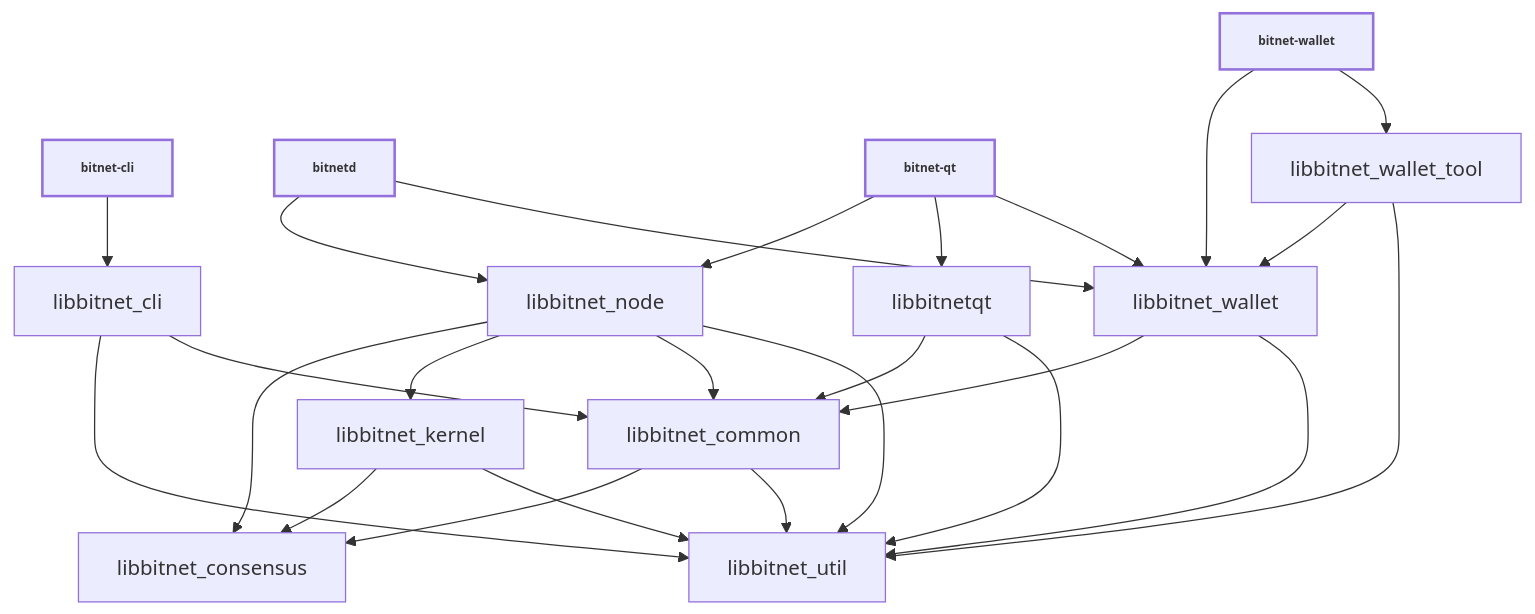
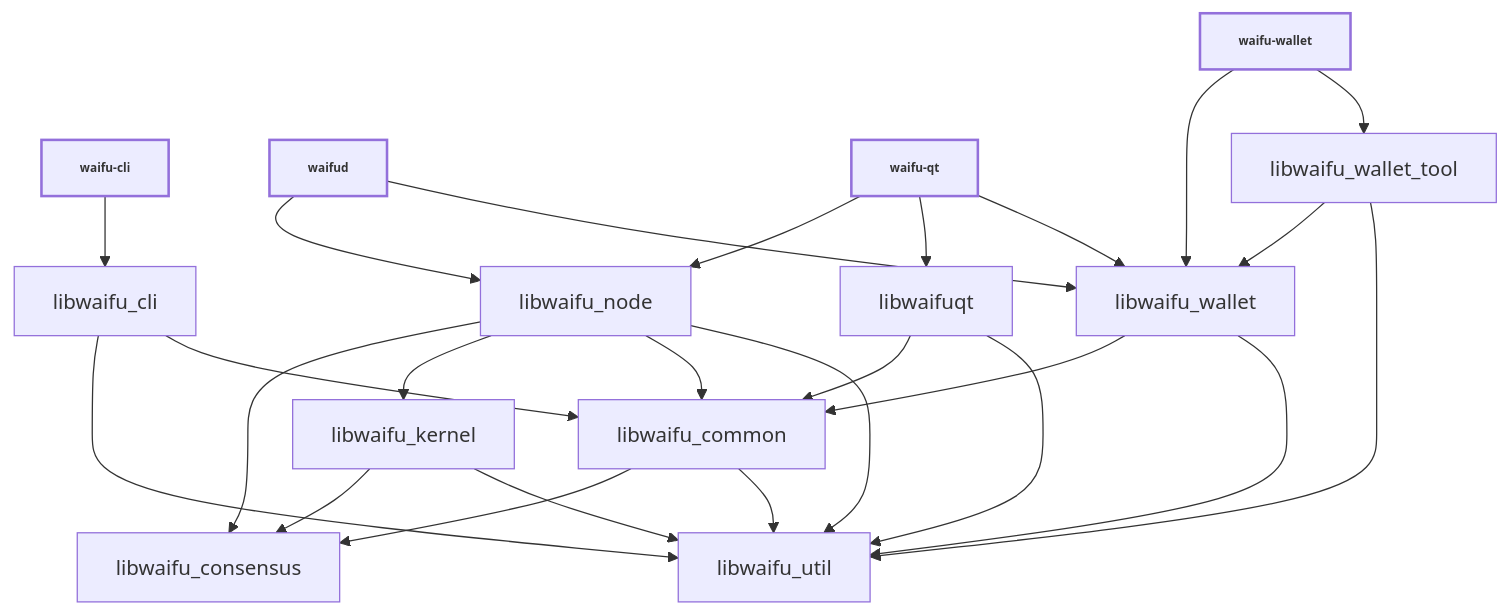
The diagram in doc/design/libraries.md (waifu-core/waifu-core), drawn with Mermaid before and after one commit. The commit also changed other lines of this file and 772 other files, not shown here.

Commit message:
rename binaries to waifud and waifu-qt

````diff
--- a/doc/design/libraries.md
+++ b/doc/design/libraries.md
@@ -36,44 +36,44 @@
 ```mermaid
 
 %%{ init : { "flowchart" : { "curve" : "basis" }}}%%
 
 graph TD;
 
-bitnet-cli[bitnet-cli]-->libbitnet_cli;
+waifu-cli[waifu-cli]-->libwaifu_cli;
 
-bitnetd[bitnetd]-->libbitnet_node;
-bitnetd[bitnetd]-->libbitnet_wallet;
+waifud[waifud]-->libwaifu_node;
+waifud[waifud]-->libwaifu_wallet;
 
-bitnet-qt[bitnet-qt]-->libbitnet_node;
-bitnet-qt[bitnet-qt]-->libbitnetqt;
-bitnet-qt[bitnet-qt]-->libbitnet_wallet;
+waifu-qt[waifu-qt]-->libwaifu_node;
+waifu-qt[waifu-qt]-->libwaifuqt;
+waifu-qt[waifu-qt]-->libwaifu_wallet;
 
-bitnet-wallet[bitnet-wallet]-->libbitnet_wallet;
-bitnet-wallet[bitnet-wallet]-->libbitnet_wallet_tool;
+waifu-wallet[waifu-wallet]-->libwaifu_wallet;
+waifu-wallet[waifu-wallet]-->libwaifu_wallet_tool;
 
-libbitnet_cli-->libbitnet_util;
-libbitnet_cli-->libbitnet_common;
+libwaifu_cli-->libwaifu_util;
+libwaifu_cli-->libwaifu_common;
 
-libbitnet_common-->libbitnet_consensus;
-libbitnet_common-->libbitnet_util;
+libwaifu_common-->libwaifu_consensus;
+libwaifu_common-->libwaifu_util;
 
-libbitnet_kernel-->libbitnet_consensus;
-libbitnet_kernel-->libbitnet_util;
+libwaifu_kernel-->libwaifu_consensus;
+libwaifu_kernel-->libwaifu_util;
 
-libbitnet_node-->libbitnet_consensus;
-libbitnet_node-->libbitnet_kernel;
-libbitnet_node-->libbitnet_common;
-libbitnet_node-->libbitnet_util;
+libwaifu_node-->libwaifu_consensus;
+libwaifu_node-->libwaifu_kernel;
+libwaifu_node-->libwaifu_common;
+libwaifu_node-->libwaifu_util;
 
-libbitnetqt-->libbitnet_common;
-libbitnetqt-->libbitnet_util;
+libwaifuqt-->libwaifu_common;
+libwaifuqt-->libwaifu_util;
 
-libbitnet_wallet-->libbitnet_common;
-libbitnet_wallet-->libbitnet_util;
+libwaifu_wallet-->libwaifu_common;
+libwaifu_wallet-->libwaifu_util;
 
-libbitnet_wallet_tool-->libbitnet_wallet;
-libbitnet_wallet_tool-->libbitnet_util;
+libwaifu_wallet_tool-->libwaifu_wallet;
+libwaifu_wallet_tool-->libwaifu_util;
 
 classDef bold stroke-width:2px, font-weight:bold, font-size: smaller;
-class bitnet-qt,bitnetd,bitnet-cli,bitnet-wallet bold
+class waifu-qt,waifud,waifu-cli,waifu-wallet bold
 ```
````
